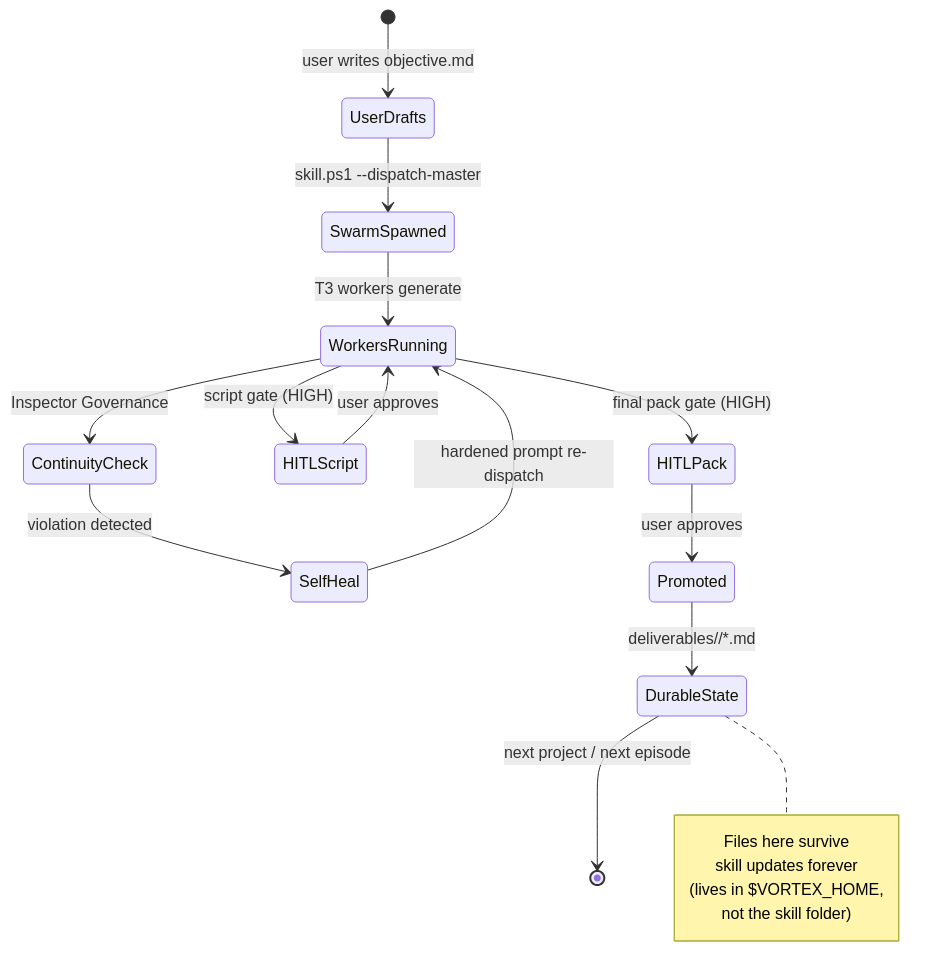
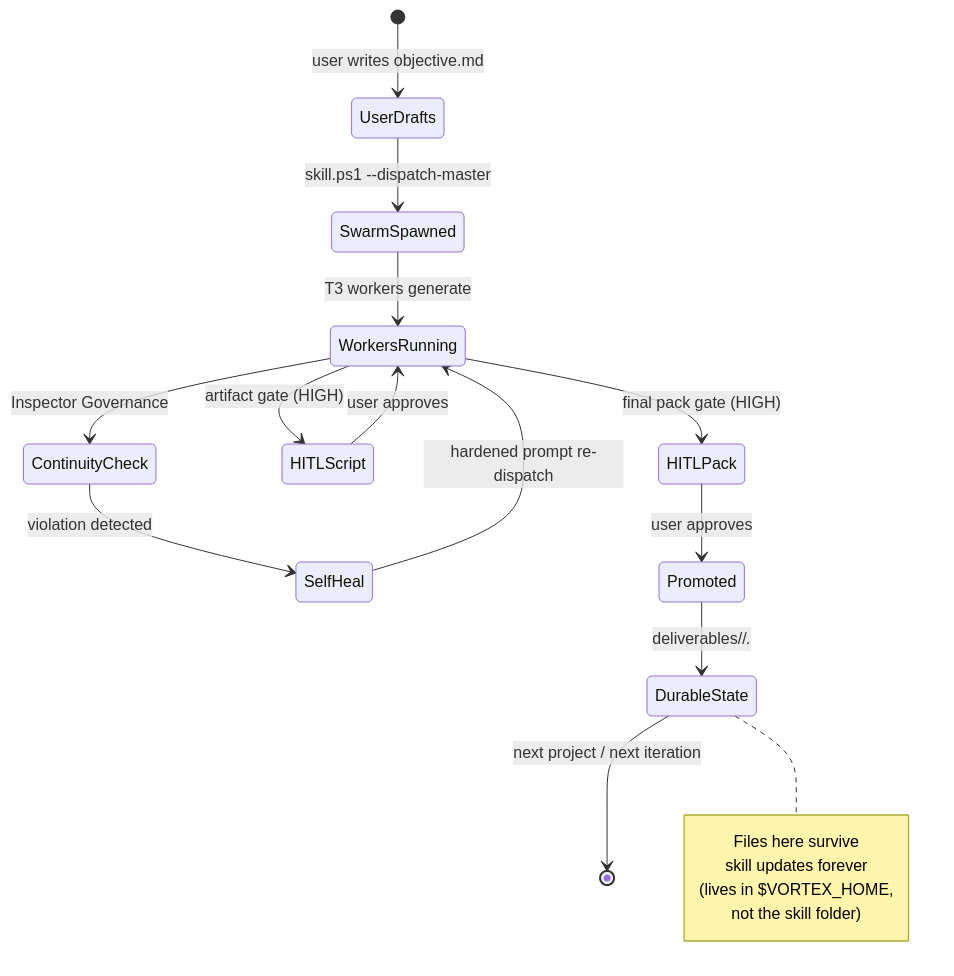
The seventh of 8 diagrams in references/architecture.md (Cloudmeru/vortex-os-skill), drawn with Mermaid before and after one commit. The commit also changed other lines of this file and 14 other files, not shown here.

````diff
--- a/references/architecture.md
+++ b/references/architecture.md
@@ -289,22 +295,22 @@
 ```mermaid
 stateDiagram-v2
     [*] --> UserDrafts: user writes objective.md
     UserDrafts --> SwarmSpawned: skill.ps1 --dispatch-master
     SwarmSpawned --> WorkersRunning: T3 workers generate
     WorkersRunning --> ContinuityCheck: Inspector Governance
     ContinuityCheck --> SelfHeal: violation detected
     SelfHeal --> WorkersRunning: hardened prompt re-dispatch
-    WorkersRunning --> HITLScript: script gate (HIGH)
+    WorkersRunning --> HITLScript: artifact gate (HIGH)
     HITLScript --> WorkersRunning: user approves
     WorkersRunning --> HITLPack: final pack gate (HIGH)
     HITLPack --> Promoted: user approves
-    Promoted --> DurableState: deliverables/<project>/*.md
-    DurableState --> [*]: next project / next episode
+    Promoted --> DurableState: deliverables/<project>/*.*
+    DurableState --> [*]: next project / next iteration
 
     note right of DurableState
         Files here survive
         skill updates forever
         (lives in $VORTEX_HOME,
         not the skill folder)
     end note
 ```
````
